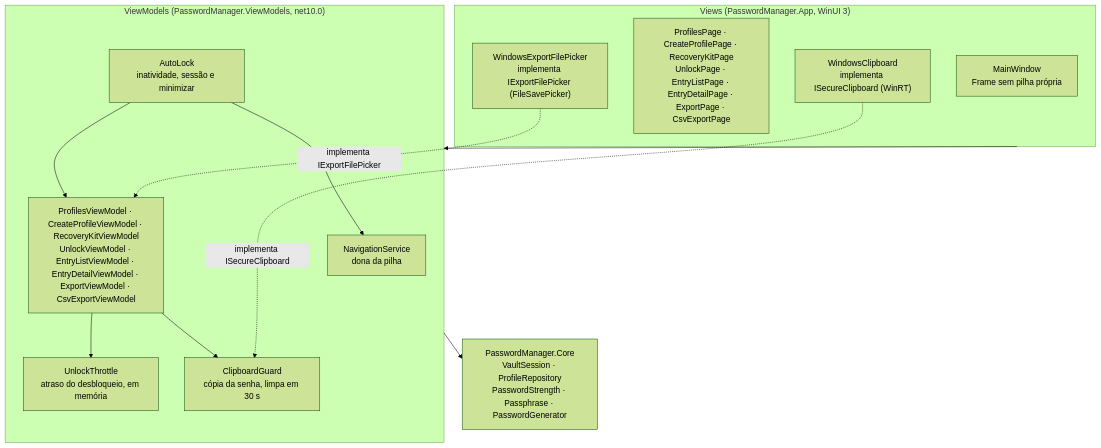
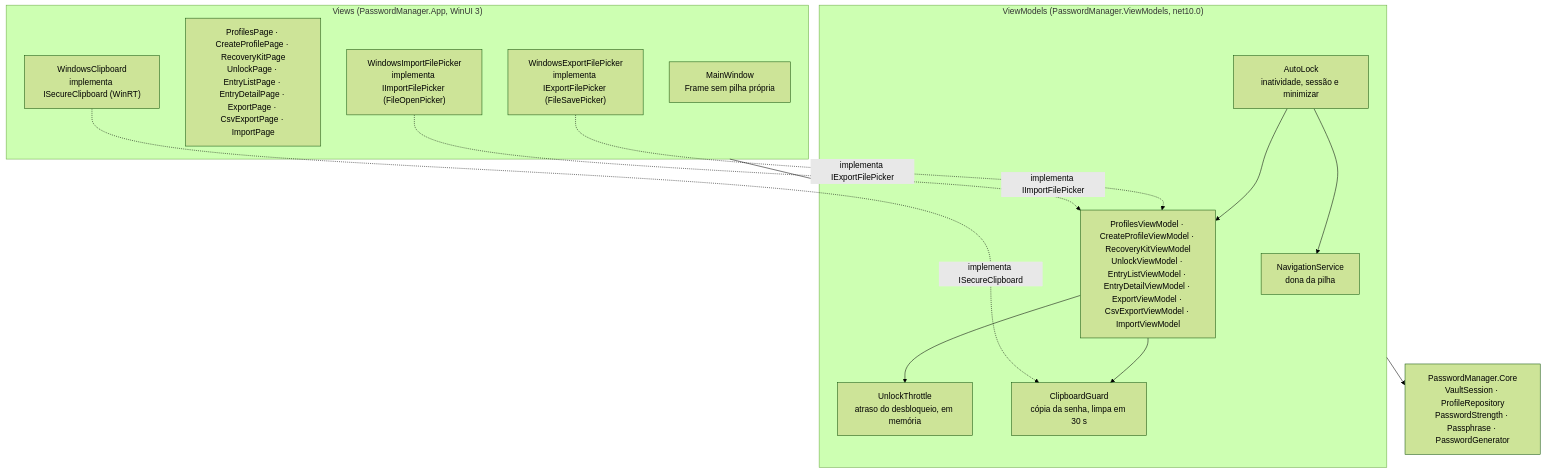
One commit to lucas-llb/passwordManagement changed the sixth of 7 diagrams in docs/architecture.md. Above: the diagram before and after it, drawn with Mermaid (forest theme). The commit also changed other lines of this file and 37 other files, not shown here.

First line of the commit message:
Add .pmvault and CSV import with preview and duplicate policy (W-25)

````diff
--- a/docs/architecture.md
+++ b/docs/architecture.md
@@ -392,24 +427,26 @@
 ```mermaid
 flowchart TB
     subgraph Views["Views (PasswordManager.App, WinUI 3)"]
         MW["MainWindow<br/>Frame sem pilha própria"]
-        PG["ProfilesPage · CreateProfilePage · RecoveryKitPage<br/>UnlockPage · EntryListPage · EntryDetailPage · ExportPage · CsvExportPage"]
+        PG["ProfilesPage · CreateProfilePage · RecoveryKitPage<br/>UnlockPage · EntryListPage · EntryDetailPage · ExportPage · CsvExportPage · ImportPage"]
         CB["WindowsClipboard<br/>implementa ISecureClipboard (WinRT)"]
         FP["WindowsExportFilePicker<br/>implementa IExportFilePicker (FileSavePicker)"]
+        FI["WindowsImportFilePicker<br/>implementa IImportFilePicker (FileOpenPicker)"]
     end
     subgraph VMs["ViewModels (PasswordManager.ViewModels, net10.0)"]
         NS["NavigationService<br/>dona da pilha"]
-        VM["ProfilesViewModel · CreateProfileViewModel · RecoveryKitViewModel<br/>UnlockViewModel · EntryListViewModel · EntryDetailViewModel · ExportViewModel · CsvExportViewModel"]
+        VM["ProfilesViewModel · CreateProfileViewModel · RecoveryKitViewModel<br/>UnlockViewModel · EntryListViewModel · EntryDetailViewModel · ExportViewModel · CsvExportViewModel · ImportViewModel"]
         UT["UnlockThrottle<br/>atraso do desbloqueio, em memória"]
         VM --> UT
         CG["ClipboardGuard<br/>cópia da senha, limpa em 30 s"]
         VM --> CG
         AL["AutoLock<br/>inatividade, sessão e minimizar"]
         AL --> NS
         AL --> VM
     end
     CORE["PasswordManager.Core<br/>VaultSession · ProfileRepository<br/>PasswordStrength · Passphrase · PasswordGenerator"]
     Views --> VMs --> CORE
     CB -.->|"implementa ISecureClipboard"| CG
     FP -.->|"implementa IExportFilePicker"| VM
+    FI -.->|"implementa IImportFilePicker"| VM
 ```
````
